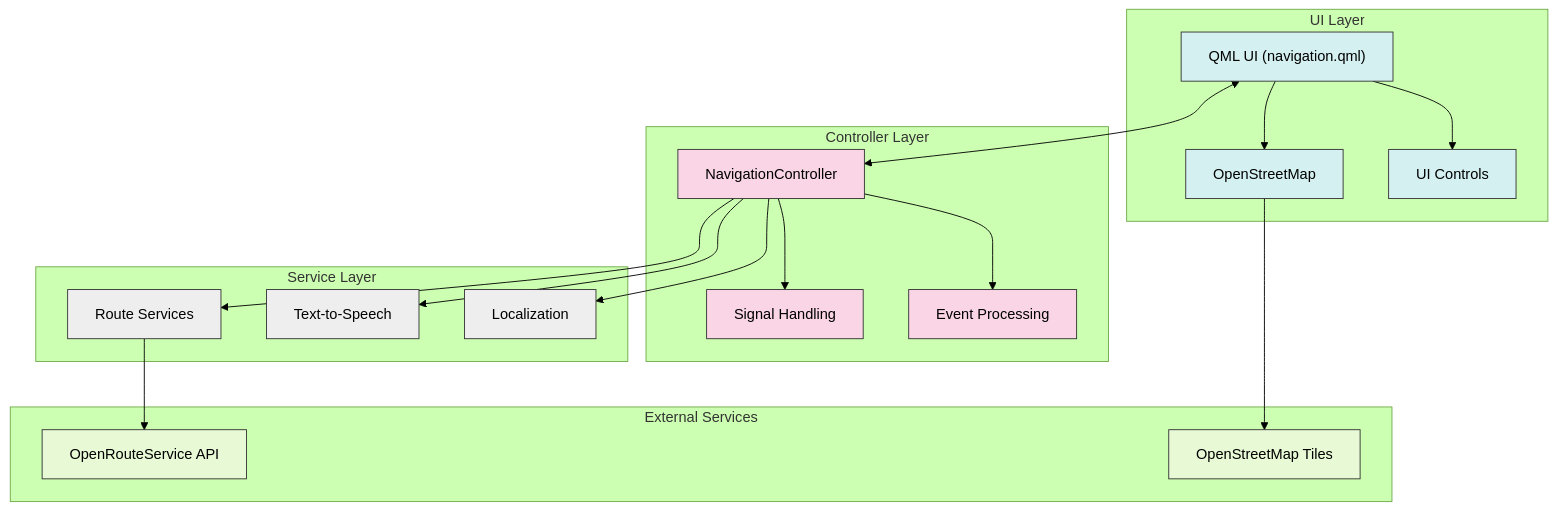
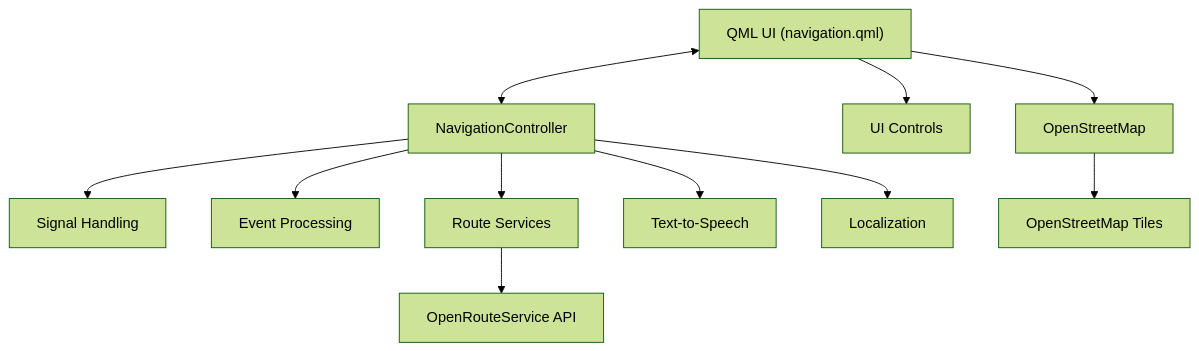
Before and after one commit to seigot/tools: the fifth of 5 diagrams in navi_app/test/README.md, drawn with Mermaid (forest theme). The commit also changed other lines of this file, not shown here.

````diff
--- a/navi_app/test/README.md
+++ b/navi_app/test/README.md
@@ -159,49 +153,16 @@
 ```mermaid
 graph TB
-    subgraph UI Layer
-        QML["QML UI (navigation.qml)"]
-        Map["OpenStreetMap"]
-        UI_Controls["UI Controls"]
-    end
+    QML["QML UI (navigation.qml)"] --> Map["OpenStreetMap"]
+    QML --> UI_Controls["UI Controls"]
+    QML <--> NC["NavigationController"]
     
-    subgraph Controller Layer
-        NC["NavigationController"]
-        SignalHandler["Signal Handling"]
-        EventProcessing["Event Processing"]
-    end
+    NC --> SignalHandler["Signal Handling"]
+    NC --> EventProcessing["Event Processing"]
     
-    subgraph Service Layer
-        RouteSvc["Route Services"]
-        TTS["Text-to-Speech"]
-        Lang["Localization"]
-    end
+    NC --> RouteSvc["Route Services"]
+    NC --> TTS["Text-to-Speech"]
+    NC --> Lang["Localization"]
     
-    subgraph External Services
-        ORS["OpenRouteService API"]
-        OSM["OpenStreetMap Tiles"]
-    end
-    
-    QML --> Map
-    QML --> UI_Controls
-    QML <--> NC
-    
-    NC --> SignalHandler
-    NC --> EventProcessing
-    
-    NC --> RouteSvc
-    NC --> TTS
-    NC --> Lang
-    
-    RouteSvc --> ORS
-    Map --> OSM
-    
-    classDef ui fill:#d4f0f0,stroke:#333,stroke-width:1px;
-    classDef controller fill:#f9d5e5,stroke:#333,stroke-width:1px;
-    classDef service fill:#eeeeee,stroke:#333,stroke-width:1px;
-    classDef external fill:#e7f9d5,stroke:#333,stroke-width:1px;
-    
-    class QML,Map,UI_Controls ui;
-    class NC,SignalHandler,EventProcessing controller;
-    class RouteSvc,TTS,Lang service;
-    class ORS,OSM external;
+    RouteSvc --> ORS["OpenRouteService API"]
+    Map --> OSM["OpenStreetMap Tiles"]
 ```
````
